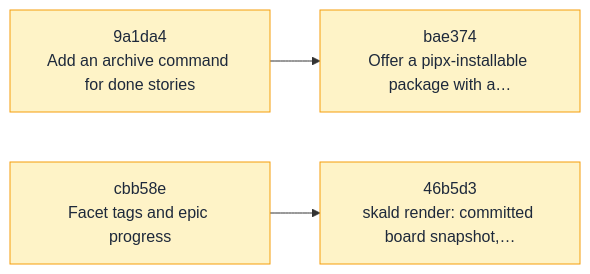
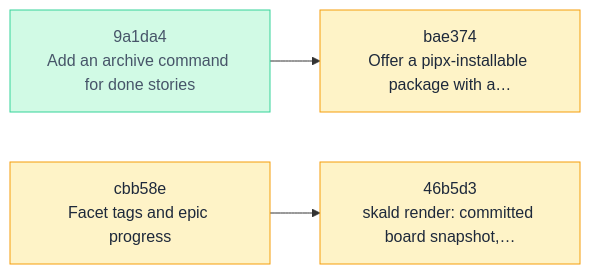
The diagram in .skald/README.md (Vitund-AI/skald), drawn with Mermaid before and after one commit. The commit also changed other lines of this file and 3 other files, not shown here.

````diff
--- a/.skald/README.md
+++ b/.skald/README.md
@@ -10,11 +10,13 @@
 ```mermaid
 flowchart LR
     n_46b5d3["46b5d3<br/>skald render: committed board snapshot,…"]
     n_9a1da4["9a1da4<br/>Add an archive command for done stories"]
     n_bae374["bae374<br/>Offer a pipx-installable package with a…"]
     n_cbb58e["cbb58e<br/>Facet tags and epic progress"]
     n_9a1da4 --> n_bae374
     n_cbb58e --> n_46b5d3
     classDef active fill:#fef3c7,stroke:#f59e0b,color:#1e293b
-    class n_46b5d3,n_9a1da4,n_bae374,n_cbb58e active
+    classDef done fill:#d1fae5,stroke:#34d399,color:#475569
+    class n_46b5d3,n_bae374,n_cbb58e active
+    class n_9a1da4 done
 ```
````
